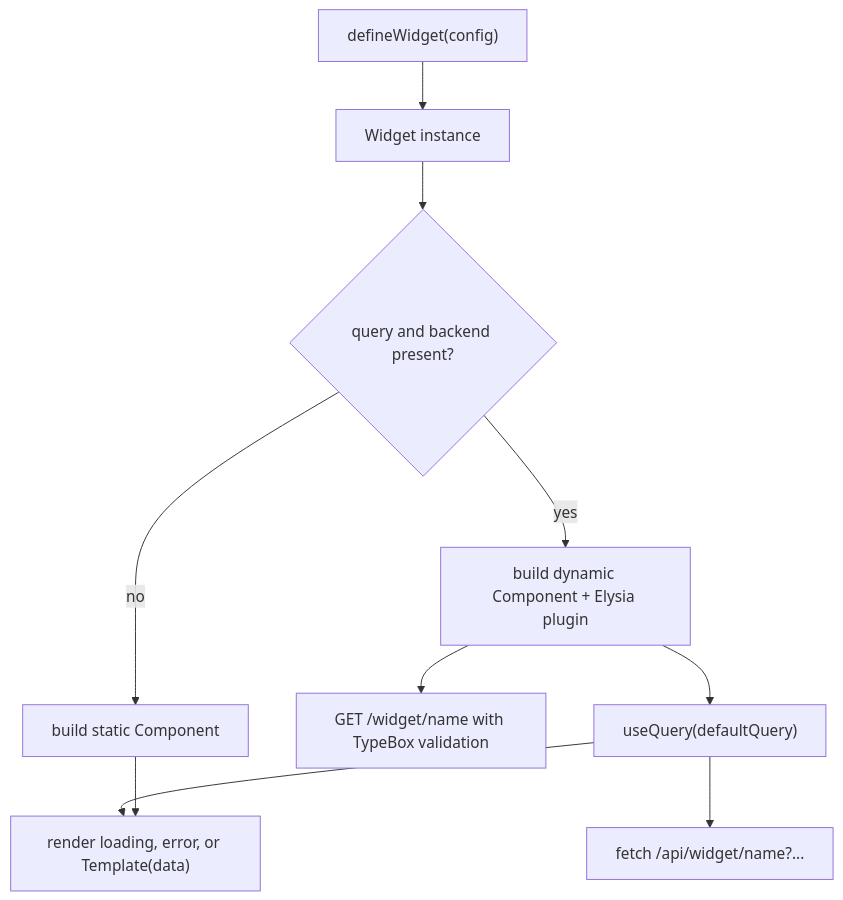
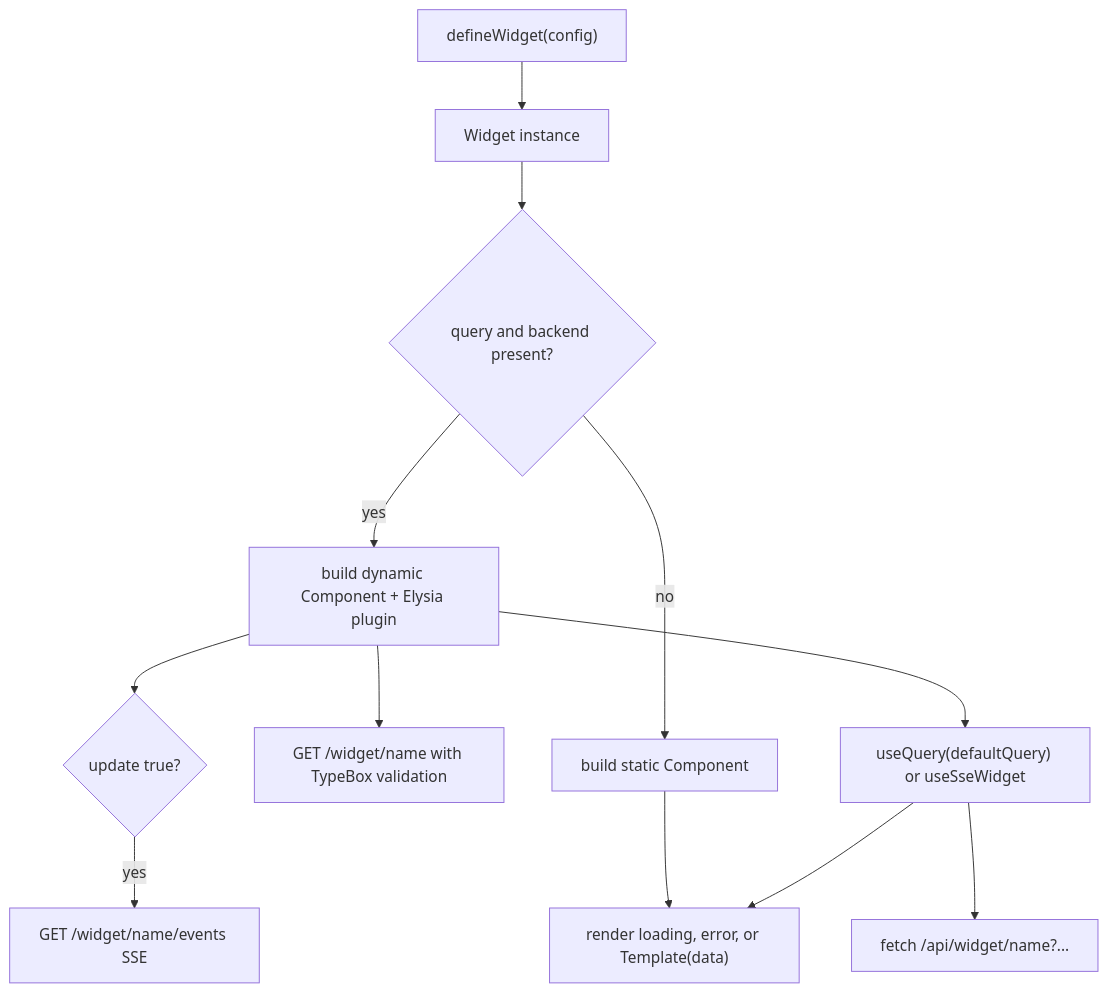
Before and after one commit to RobertoFretel/Widget: the first of 3 diagrams in openwiki/concepts/widgets.md, drawn with Mermaid. The commit also changed other lines of this file and 21 other files, not shown here.

````diff
--- a/openwiki/concepts/widgets.md
+++ b/openwiki/concepts/widgets.md
@@ -58,22 +76,26 @@
 ```mermaid
 flowchart TD
     Config["defineWidget(config)"]
     Instance["Widget instance"]
     Check{"query and backend present?"}
     StaticBuild["build static Component"]
     DynamicBuild["build dynamic Component + Elysia plugin"]
     Route["GET /widget/name with TypeBox validation"]
-    Query["useQuery(defaultQuery)"]
+    UpdateCheck{"update true?"}
+    SseRoute["GET /widget/name/events SSE"]
+    Query["useQuery(defaultQuery) or useSseWidget"]
     Fetch["fetch /api/widget/name?..."]
     UI["render loading, error, or Template(data)"]
 
     Config --> Instance
     Instance --> Check
     Check -->|no| StaticBuild
     Check -->|yes| DynamicBuild
     DynamicBuild --> Route
+    DynamicBuild --> UpdateCheck
+    UpdateCheck -->|yes| SseRoute
     DynamicBuild --> Query
     Query --> Fetch
     Query --> UI
     StaticBuild --> UI
 ```
````
